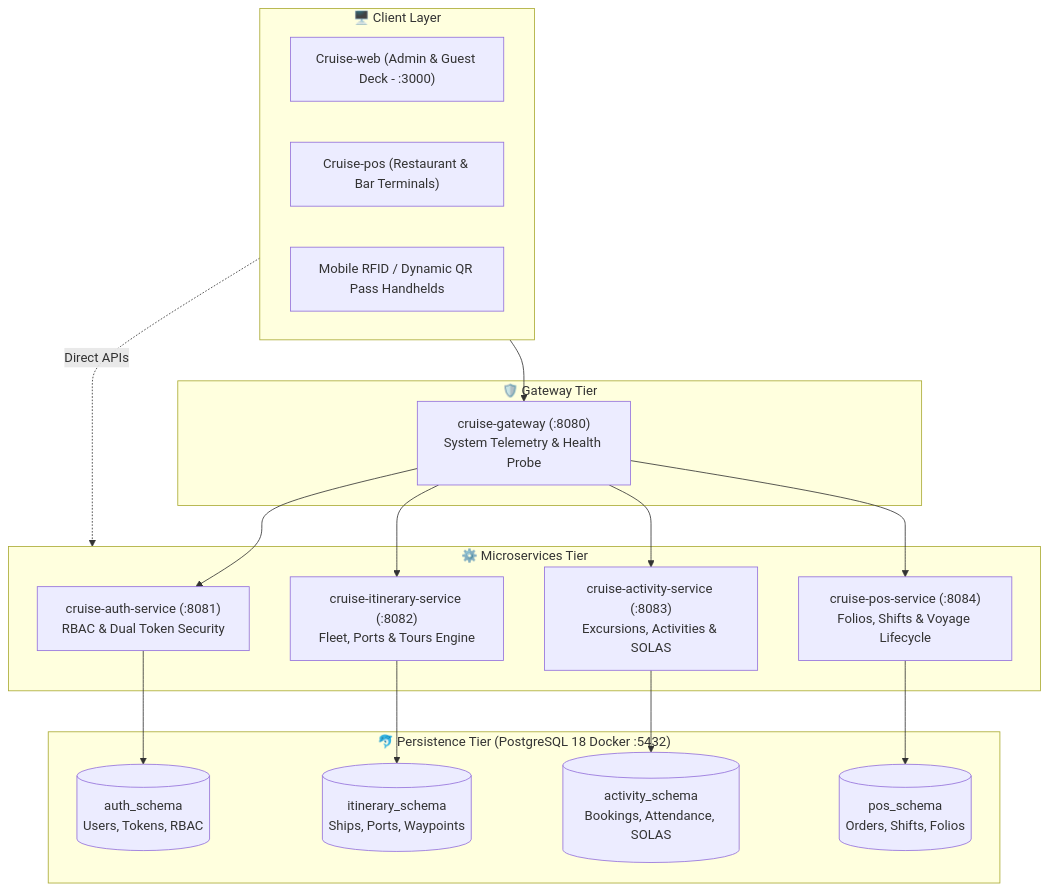
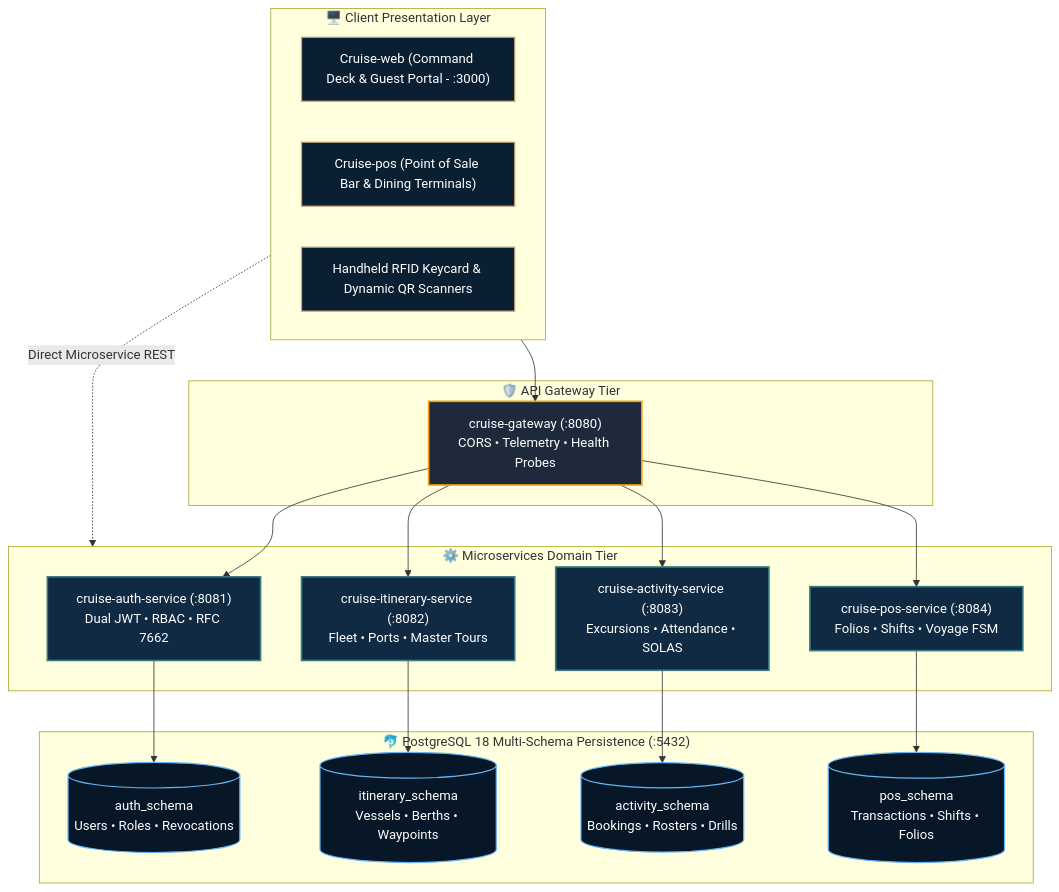
The first of 2 diagrams in README.md (Cruise-JavaCLass/Cruise-api), drawn with Mermaid before and after one commit. The commit also changed other lines of this file and 1 other file, not shown here.

First line of the commit message:
docs(api): elevate README to executive luxury maritime enterprise standard

````diff
--- a/README.md
+++ b/README.md
@@ -125,39 +151,44 @@
 ```mermaid
-flowchart TD
-    subgraph CLIENT_TIER["🖥️ Client Layer"]
-        WEB["Cruise-web (Admin & Guest Deck - :3000)"]
-        POS["Cruise-pos (Restaurant & Bar Terminals)"]
-        SCANNER["Mobile RFID / Dynamic QR Pass Handhelds"]
+graph TD
+    classDef client fill:#0B1F33,stroke:#C5A572,stroke-width:1.5px,color:#fff;
+    classDef gateway fill:#1E293B,stroke:#F59E0B,stroke-width:2px,color:#fff;
+    classDef service fill:#102A43,stroke:#397C80,stroke-width:2px,color:#fff;
+    classDef database fill:#071727,stroke:#64B5F6,stroke-width:1.5px,color:#fff;
+
+    subgraph CLIENT_TIER ["🖥️ Client Presentation Layer"]
+        WEB["Cruise-web (Command Deck & Guest Portal - :3000)"]:::client
+        POS["Cruise-pos (Point of Sale Bar & Dining Terminals)"]:::client
+        MOBILE["Handheld RFID Keycard & Dynamic QR Scanners"]:::client
     end
 
-    subgraph GATEWAY_TIER["🛡️ Gateway Tier"]
-        GW["cruise-gateway (:8080)<br/>System Telemetry & Health Probe"]
+    subgraph GATEWAY_TIER ["🛡️ API Gateway Tier"]
+        GW["cruise-gateway (:8080)<br/>CORS • Telemetry • Health Probes"]:::gateway
     end
 
-    subgraph SERVICES_TIER["⚙️ Microservices Tier"]
-        AUTH["cruise-auth-service (:8081)<br/>RBAC & Dual Token Security"]
-        ITIN["cruise-itinerary-service (:8082)<br/>Fleet, Ports & Tours Engine"]
-        ACT["cruise-activity-service (:8083)<br/>Excursions, Activities & SOLAS"]
-        POS_SVC["cruise-pos-service (:8084)<br/>Folios, Shifts & Voyage Lifecycle"]
+    subgraph SERVICES_TIER ["⚙️ Microservices Domain Tier"]
+        AUTH["cruise-auth-service (:8081)<br/>Dual JWT • RBAC • RFC 7662"]:::service
+        ITIN["cruise-itinerary-service (:8082)<br/>Fleet • Ports • Master Tours"]:::service
+        ACT["cruise-activity-service (:8083)<br/>Excursions • Attendance • SOLAS"]:::service
+        POS_SVC["cruise-pos-service (:8084)<br/>Folios • Shifts • Voyage FSM"]:::service
     end
 
-    subgraph DATA_TIER["🐬 Persistence Tier (PostgreSQL 18 Docker :5432)"]
-        DB_AUTH[("auth_schema<br/>Users, Tokens, RBAC")]
-        DB_ITIN[("itinerary_schema<br/>Ships, Ports, Waypoints")]
-        DB_ACT[("activity_schema<br/>Bookings, Attendance, SOLAS")]
-        DB_POS[("pos_schema<br/>Orders, Shifts, Folios")]
+    subgraph DATA_TIER ["🐬 PostgreSQL 18 Multi-Schema Persistence (:5432)"]
+        DB_AUTH[("auth_schema<br/>Users • Roles • Revocations")]:::database
+        DB_ITIN[("itinerary_schema<br/>Vessels • Berths • Waypoints")]:::database
+        DB_ACT[("activity_schema<br/>Bookings • Rosters • Drills")]:::database
+        DB_POS[("pos_schema<br/>Transactions • Shifts • Folios")]:::database
     end
 
     CLIENT_TIER --> GW
-    CLIENT_TIER -. Direct APIs .-> SERVICES_TIER
+    CLIENT_TIER -. Direct Microservice REST .-> SERVICES_TIER
 
     GW --> AUTH
     GW --> ITIN
     GW --> ACT
     GW --> POS_SVC
 
     AUTH --> DB_AUTH
     ITIN --> DB_ITIN
     ACT --> DB_ACT
     POS_SVC --> DB_POS
 ```
````
